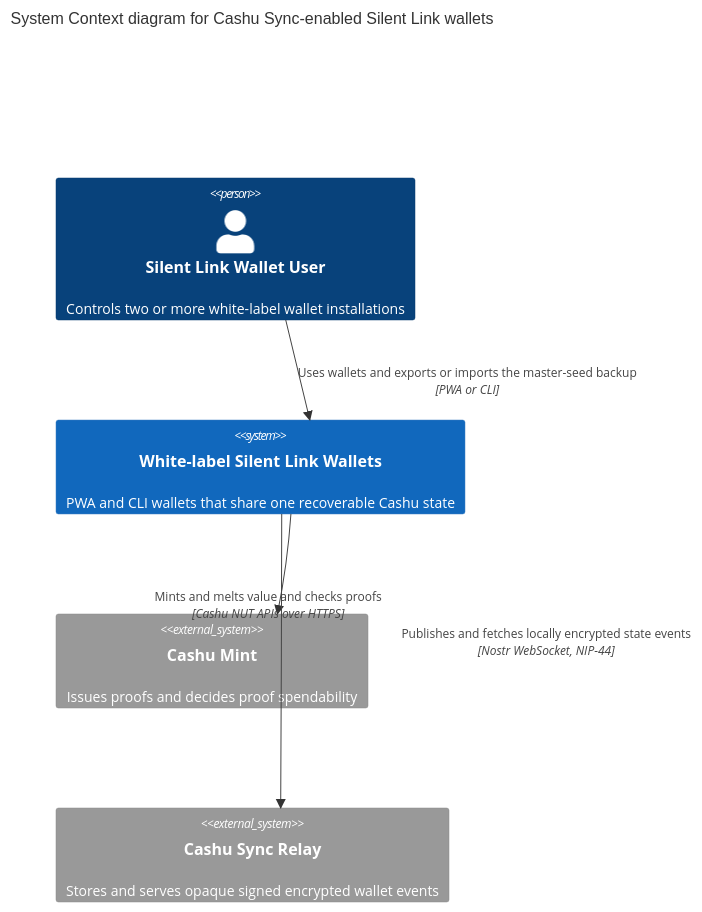
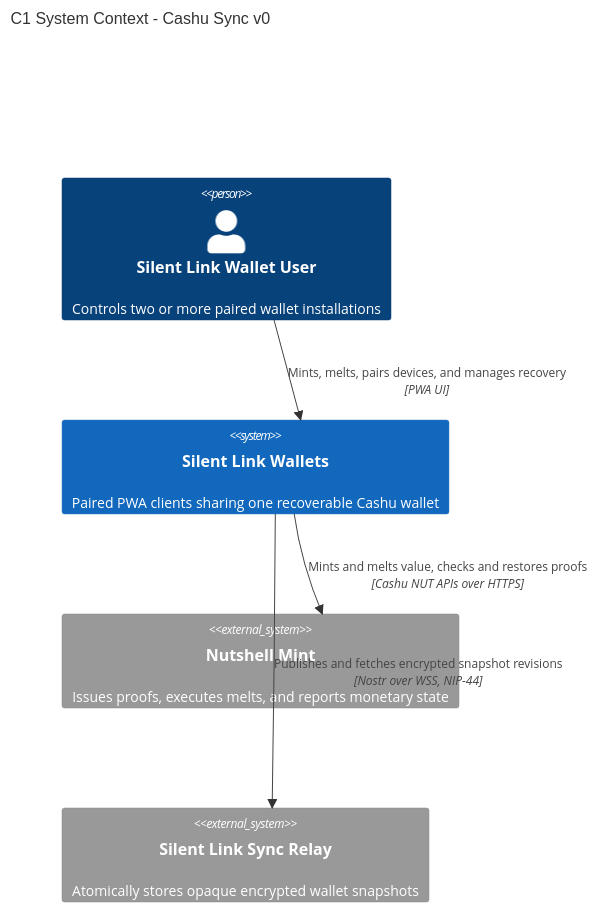
One commit to brenorb/cashu-sync changed the diagram in docs/architecture/c1-system-context.md. Above: the diagram before and after it, drawn with Mermaid. The commit also changed other lines of this file and 10 other files, not shown here.

````diff
--- a/docs/architecture/c1-system-context.md
+++ b/docs/architecture/c1-system-context.md
@@ -9,19 +7,17 @@
 ```mermaid
 C4Context
-  title System Context diagram for Cashu Sync-enabled Silent Link wallets
+  title C1 System Context - Cashu Sync v0
 
-  Person(walletUser, "Silent Link Wallet User", "Controls two or more white-label wallet installations")
+  Person(walletUser, "Silent Link Wallet User", "Controls two or more paired wallet installations")
 
-  System(walletClients, "White-label Silent Link Wallets", "PWA and CLI wallets that share one recoverable Cashu state")
+  System(walletClients, "Silent Link Wallets", "Paired PWA clients sharing one recoverable Cashu wallet")
 
-  System_Ext(cashuMint, "Cashu Mint", "Issues proofs and decides proof spendability")
-  System_Ext(syncRelay, "Cashu Sync Relay", "Stores and serves opaque signed encrypted wallet events")
+  System_Ext(nutshellMint, "Nutshell Mint", "Issues proofs, executes melts, and reports monetary state")
+  System_Ext(syncRelay, "Silent Link Sync Relay", "Atomically stores opaque encrypted wallet snapshots")
 
-  Rel(walletUser, walletClients, "Uses wallets and exports or imports the master-seed backup", "PWA or CLI")
-  Rel(walletClients, cashuMint, "Mints and melts value and checks proofs", "Cashu NUT APIs over HTTPS")
-  Rel(walletClients, syncRelay, "Publishes and fetches locally encrypted state events", "Nostr WebSocket, NIP-44")
+  Rel(walletUser, walletClients, "Mints, melts, pairs devices, and manages recovery", "PWA UI")
+  Rel(walletClients, nutshellMint, "Mints and melts value, checks and restores proofs", "Cashu NUT APIs over HTTPS")
+  Rel(walletClients, syncRelay, "Publishes and fetches encrypted snapshot revisions", "Nostr over WSS, NIP-44")
 
-  UpdateRelStyle(walletClients, cashuMint, $offsetX="-130", $offsetY="30")
-  UpdateRelStyle(walletClients, syncRelay, $offsetX="120", $offsetY="-30")
   UpdateLayoutConfig($c4ShapeInRow="3", $c4BoundaryInRow="1")
 ```
````
